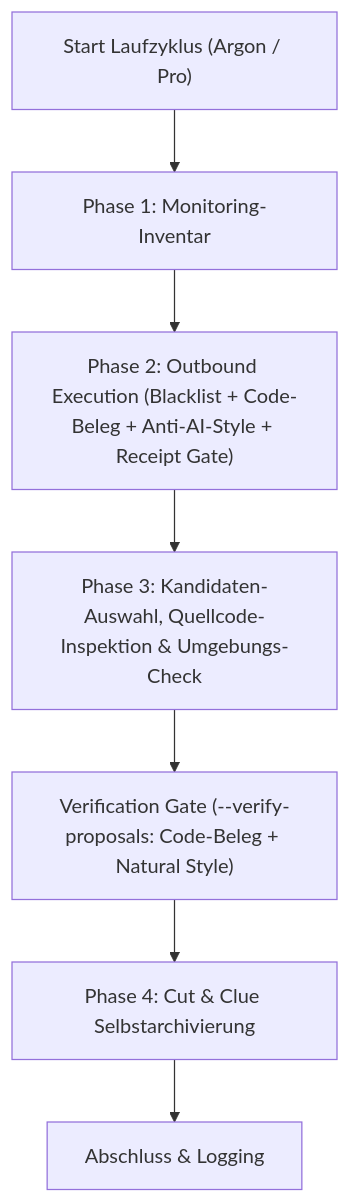
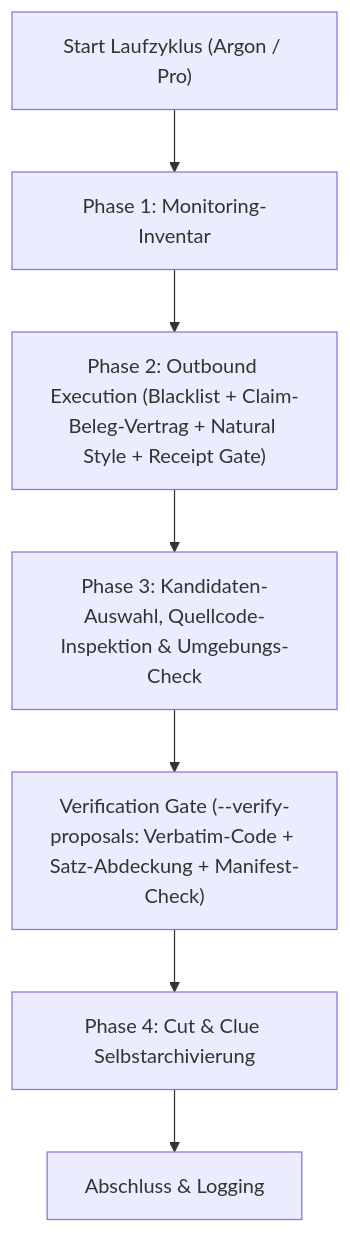
One commit to ellmos-ai/skills changed the diagram in skills/dev/community-outreach/SKILL.md. Above: the diagram before and after it, drawn with Mermaid. The commit also changed other lines of this file and 10 other files, not shown here.

Commit message:
feat(community-outreach): add v1.6.0 deterministic Claim-Beleg-Vertrag gate

````diff
--- a/skills/dev/community-outreach/SKILL.md
+++ b/skills/dev/community-outreach/SKILL.md
@@ -95,9 +117,9 @@
 ```mermaid
 flowchart TD
     A["Start Laufzyklus (Argon / Pro)"] --> B["Phase 1: Monitoring-Inventar"]
-    B --> C["Phase 2: Outbound Execution (Blacklist + Code-Beleg + Anti-AI-Style + Receipt Gate)"]
+    B --> C["Phase 2: Outbound Execution (Blacklist + Claim-Beleg-Vertrag + Natural Style + Receipt Gate)"]
     C --> D["Phase 3: Kandidaten-Auswahl, Quellcode-Inspektion & Umgebungs-Check"]
-    D --> E["Verification Gate (--verify-proposals: Code-Beleg + Natural Style)"]
+    D --> E["Verification Gate (--verify-proposals: Verbatim-Code + Satz-Abdeckung + Manifest-Check)"]
     E --> F["Phase 4: Cut & Clue Selbstarchivierung"]
     F --> G["Abschluss & Logging"]
 ```
````
